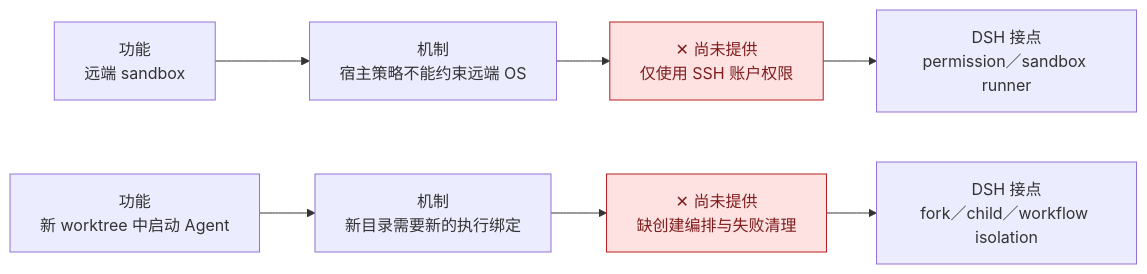
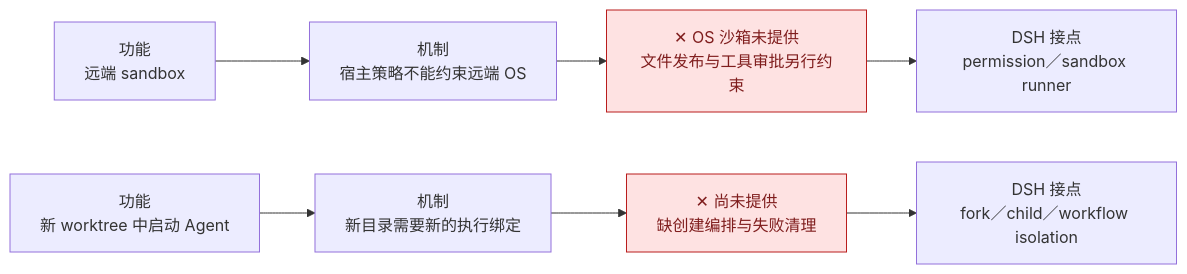
The eighth of 10 diagrams in docs/system-map.md (aur3l14no/dsh-remote), drawn with Mermaid before and after one commit. The commit also changed other lines of this file and 36 other files, not shown here.

````diff
--- a/docs/system-map.md
+++ b/docs/system-map.md
@@ -135,7 +135,7 @@
 ```mermaid
 flowchart LR
-  F1["功能<br/>远端 sandbox"] --> M1["机制<br/>宿主策略不能约束远端 OS"] --> S1["✕ 尚未提供<br/>仅使用 SSH 账户权限"] --> U1["DSH 接点<br/>permission／sandbox runner"]
+  F1["功能<br/>远端 sandbox"] --> M1["机制<br/>宿主策略不能约束远端 OS"] --> S1["✕ OS 沙箱未提供<br/>文件发布与工具审批另行约束"] --> U1["DSH 接点<br/>permission／sandbox runner"]
   F2["功能<br/>新 worktree 中启动 Agent"] --> M2["机制<br/>新目录需要新的执行绑定"] --> S2["✕ 尚未提供<br/>缺创建编排与失败清理"] --> U2["DSH 接点<br/>fork／child／workflow isolation"]
   classDef missing fill:#fee2e2,stroke:#b91c1c,color:#7f1d1d
   class S1,S2 missing
 ```
````
